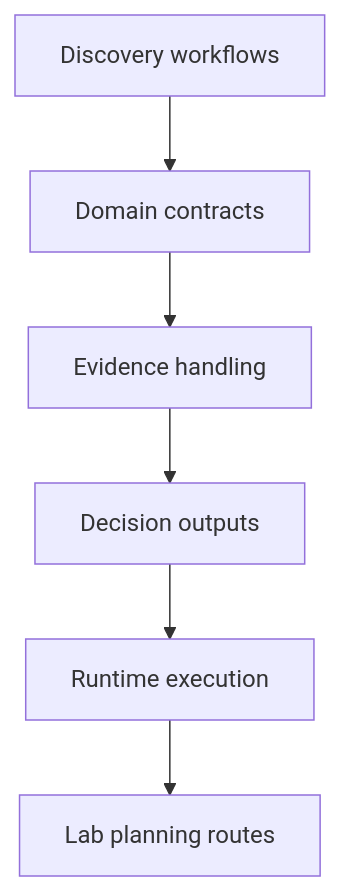
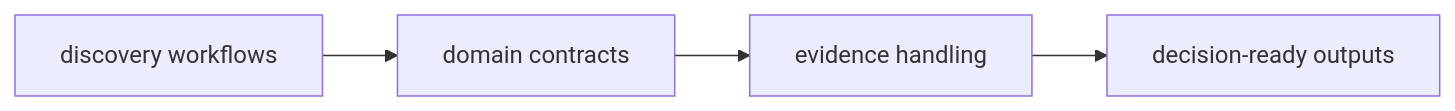
One commit to bijux/bijux.github.io changed the first of 2 diagrams in docs/04-projects/bijux-proteomics/index.md. Above: the diagram before and after it, drawn with Mermaid. The commit also changed other lines of this file and 1 other file, not shown here.

Commit message:
docs(projects): simplify the domain project stories

````diff
--- a/docs/04-projects/bijux-proteomics/index.md
+++ b/docs/04-projects/bijux-proteomics/index.md
@@ -41,8 +33,6 @@
 ```mermaid
-graph TD
-    discovery["Discovery workflows"] --> contracts["Domain contracts"]
-    contracts --> evidence["Evidence handling"]
-    evidence --> decisions["Decision outputs"]
-    decisions --> execution["Runtime execution"]
-    execution --> planning["Lab planning routes"]
+graph LR
+    input["discovery workflows"] --> contracts["domain contracts"]
+    contracts --> evidence["evidence handling"]
+    evidence --> output["decision-ready outputs"]
 ```
````
